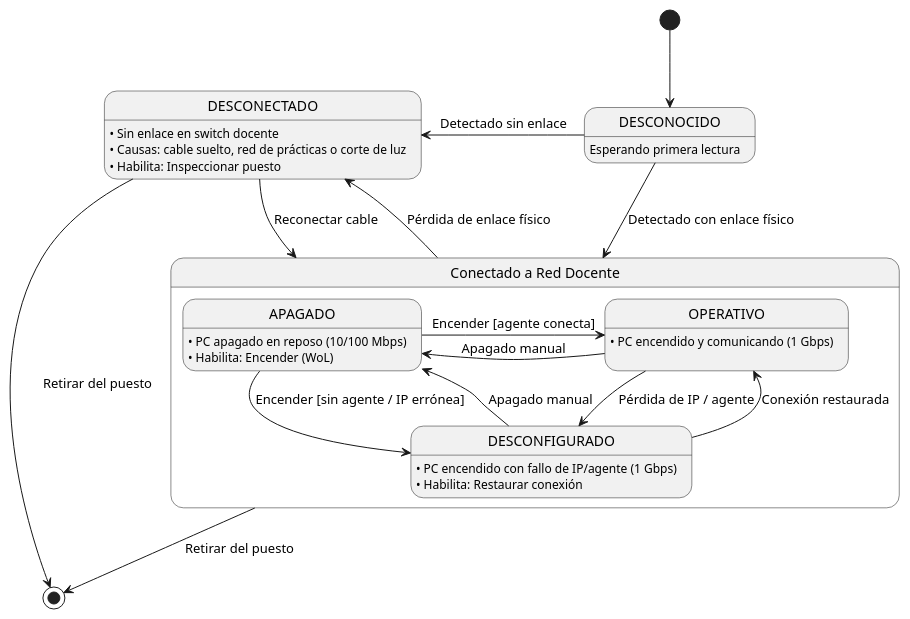
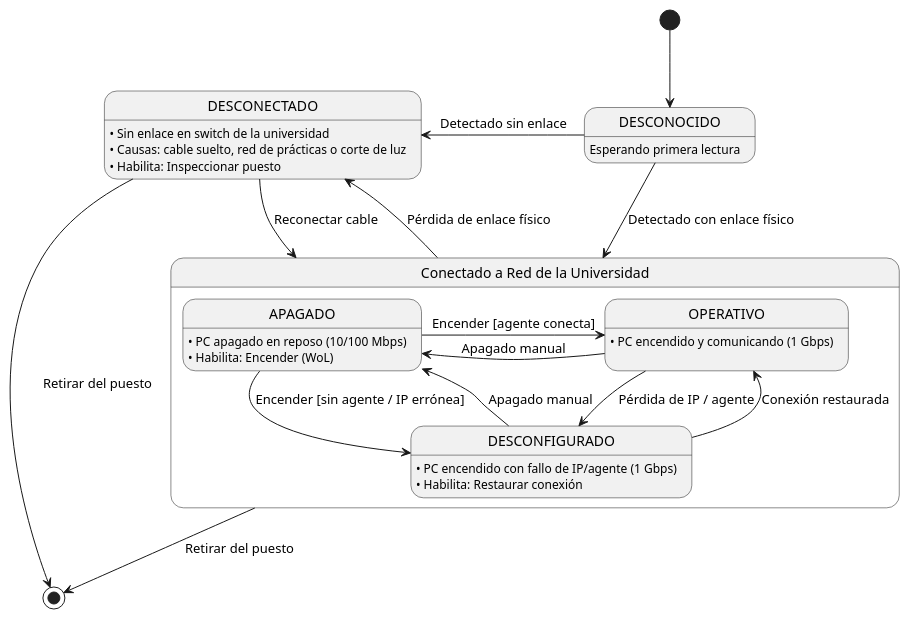
Before and after one commit to Carlos-Lima2510/mesh-panel: the diagram in RUP/00-modelo-del-dominio/diagrama-estados/diagrama-estados-host.puml, drawn with PlantUML. The commit also changed 10 other files, not shown here.

```diff
--- a/RUP/00-modelo-del-dominio/diagrama-estados/diagrama-estados-host.puml
+++ b/RUP/00-modelo-del-dominio/diagrama-estados/diagrama-estados-host.puml
@@ -1,32 +1,32 @@
 @startuml diagrama-estados-host
 
 [*] -down-> DESCONOCIDO
 
 state DESCONOCIDO : Esperando primera lectura
 
-state "Conectado a Red Docente" as CONECTADO {
+state "Conectado a Red de la Universidad" as CONECTADO {
     state APAGADO : • PC apagado en reposo (10/100 Mbps)\n• Habilita: Encender (WoL)
     state OPERATIVO : • PC encendido y comunicando (1 Gbps)\n
     state DESCONFIGURADO : • PC encendido con fallo de IP/agente (1 Gbps)\n• Habilita: Restaurar conexión
 
     APAGADO -right-> OPERATIVO : Encender [agente conecta]
     APAGADO -right-> DESCONFIGURADO : Encender [sin agente / IP errónea]
 
     OPERATIVO -down-> DESCONFIGURADO : Pérdida de IP / agente
     OPERATIVO -left-> APAGADO : Apagado manual
     DESCONFIGURADO -up-> OPERATIVO : Conexión restaurada
     DESCONFIGURADO -left-> APAGADO : Apagado manual
 }
 
-state DESCONECTADO : • Sin enlace en switch docente\n• Causas: cable suelto, red de prácticas o corte de luz\n• Habilita: Inspeccionar puesto
+state DESCONECTADO : • Sin enlace en switch de la universidad\n• Causas: cable suelto, red de prácticas o corte de luz\n• Habilita: Inspeccionar puesto
 
 DESCONOCIDO -down-> CONECTADO : Detectado con enlace físico
 DESCONOCIDO -left-> DESCONECTADO : Detectado sin enlace
 
 CONECTADO -left-> DESCONECTADO : Pérdida de enlace físico
 DESCONECTADO -right-> CONECTADO : Reconectar cable
 
 CONECTADO -down-> [*] : Retirar del puesto
 DESCONECTADO -down-> [*] : Retirar del puesto
 
 @enduml
```
